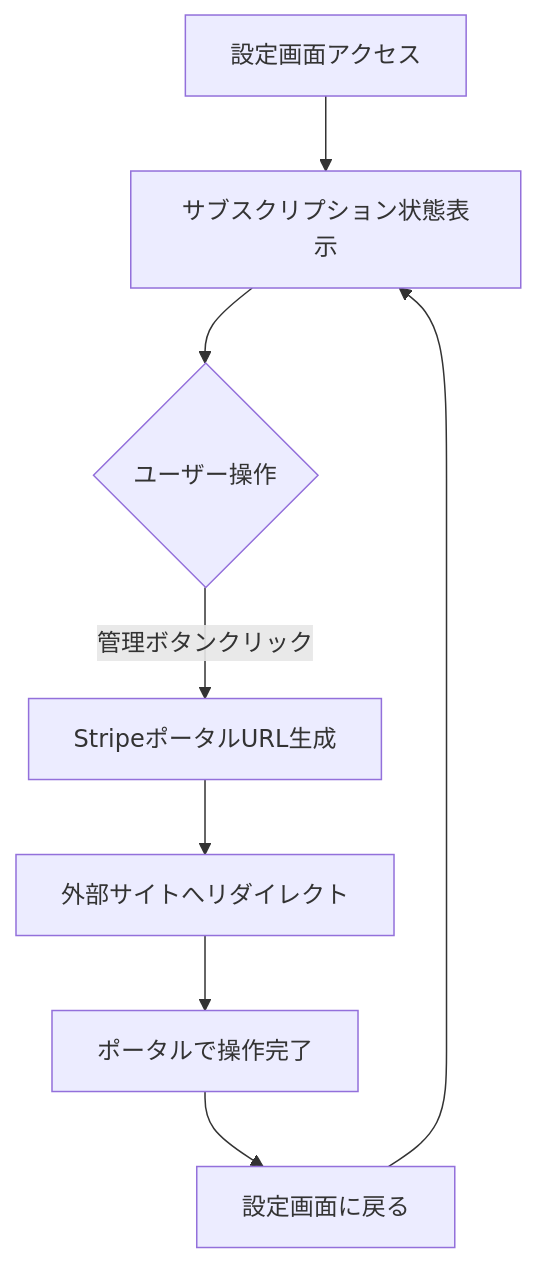
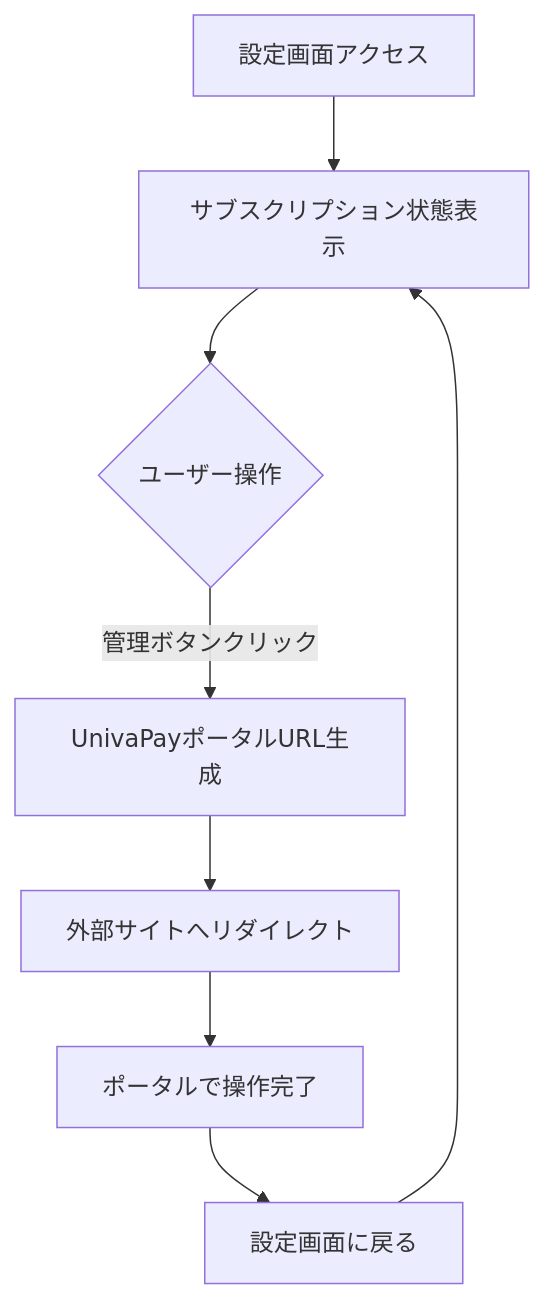
The third of 8 diagrams in docs/functions/settings/home.md (RRRRRRR-777/SikouLab), drawn with Mermaid before and after one commit. The commit also changed other lines of this file and 110 other files, not shown here.

````diff
--- a/docs/functions/settings/home.md
+++ b/docs/functions/settings/home.md
@@ -187,10 +189,10 @@
 ```mermaid
 flowchart TD
     A[設定画面アクセス] --> B[サブスクリプション状態表示]
     B --> C{ユーザー操作}
-    C -->|管理ボタンクリック| D[StripeポータルURL生成]
+    C -->|管理ボタンクリック| D[UnivaPayポータルURL生成]
     D --> E[外部サイトへリダイレクト]
     E --> F[ポータルで操作完了]
     F --> G[設定画面に戻る]
     G --> B
 ```
````
